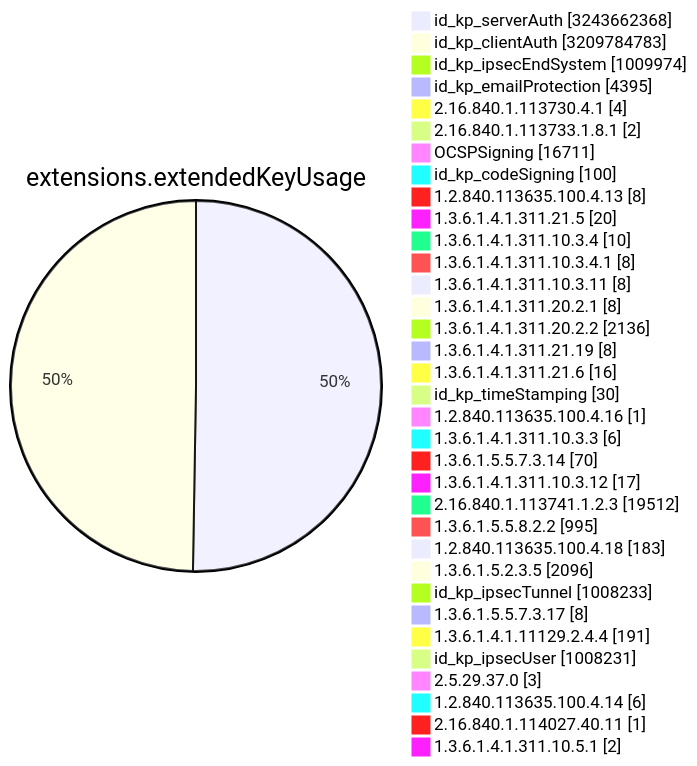
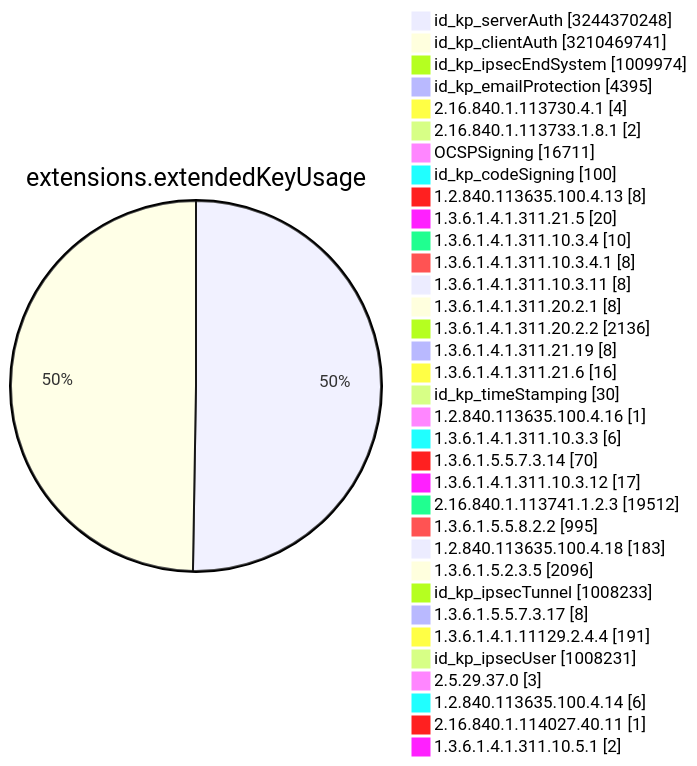
Before and after one commit to christiankrug/ctmonitor_visualization: diagram 11 of 15 in TOTAL/README.md, drawn with Mermaid. The commit also changed other lines of this file, not shown here.

````diff
--- a/TOTAL/README.md
+++ b/TOTAL/README.md
@@ -4119,38 +4119,38 @@
 ```mermaid
 pie showData
 title extensions.extendedKeyUsage
-"id_kp_serverAuth" :3243662368
-"id_kp_clientAuth" :3209784783
+"id_kp_serverAuth" :3244370248
+"id_kp_clientAuth" :3210469741
 "id_kp_ipsecEndSystem" :1009974
 "id_kp_emailProtection" :4395
 "2.16.840.1.113730.4.1" :4
 "2.16.840.1.113733.1.8.1" :2
 "OCSPSigning" :16711
 "id_kp_codeSigning" :100
 "1.2.840.113635.100.4.13" :8
 "1.3.6.1.4.1.311.21.5" :20
 "1.3.6.1.4.1.311.10.3.4" :10
 "1.3.6.1.4.1.311.10.3.4.1" :8
 "1.3.6.1.4.1.311.10.3.11" :8
 "1.3.6.1.4.1.311.20.2.1" :8
 "1.3.6.1.4.1.311.20.2.2" :2136
 "1.3.6.1.4.1.311.21.19" :8
 "1.3.6.1.4.1.311.21.6" :16
 "id_kp_timeStamping" :30
 "1.2.840.113635.100.4.16" :1
 "1.3.6.1.4.1.311.10.3.3" :6
 "1.3.6.1.5.5.7.3.14" :70
 "1.3.6.1.4.1.311.10.3.12" :17
 "2.16.840.1.113741.1.2.3" :19512
 "1.3.6.1.5.5.8.2.2" :995
 "1.2.840.113635.100.4.18" :183
 "1.3.6.1.5.2.3.5" :2096
 "id_kp_ipsecTunnel" :1008233
 "1.3.6.1.5.5.7.3.17" :8
 "1.3.6.1.4.1.11129.2.4.4" :191
 "id_kp_ipsecUser" :1008231
 "2.5.29.37.0" :3
 "1.2.840.113635.100.4.14" :6
 "2.16.840.1.114027.40.11" :1
 "1.3.6.1.4.1.311.10.5.1" :2
 ```
````
